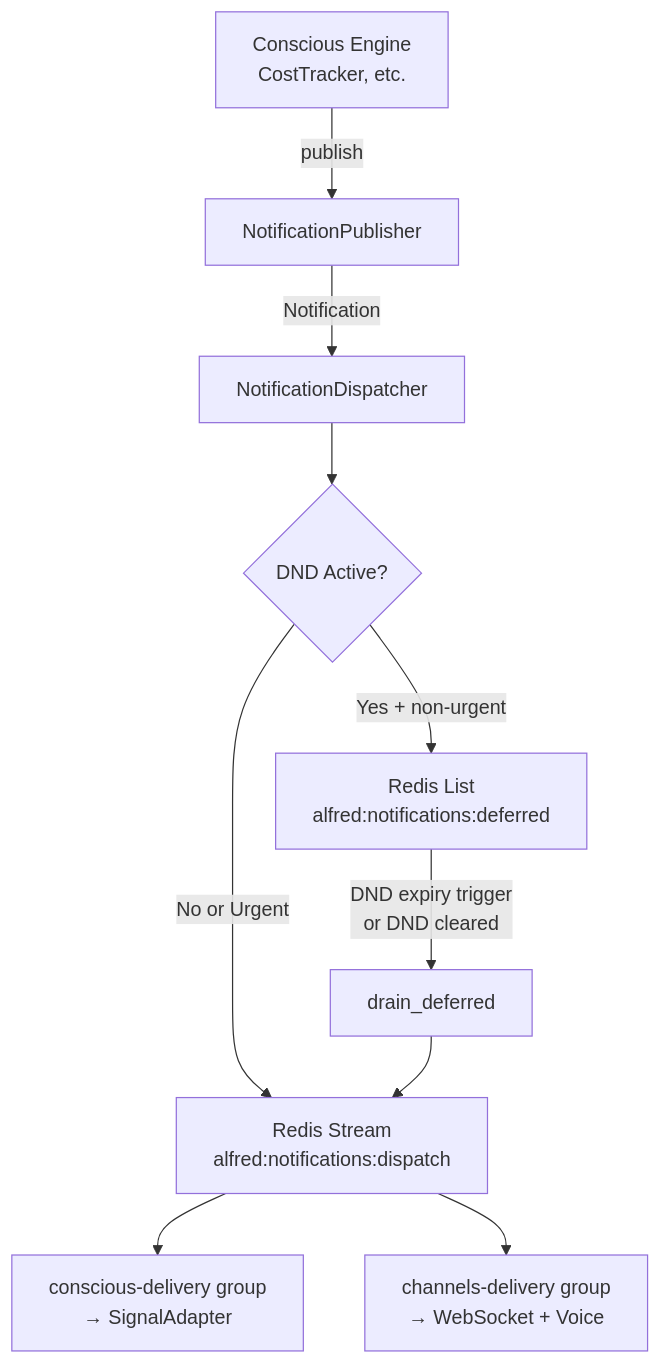
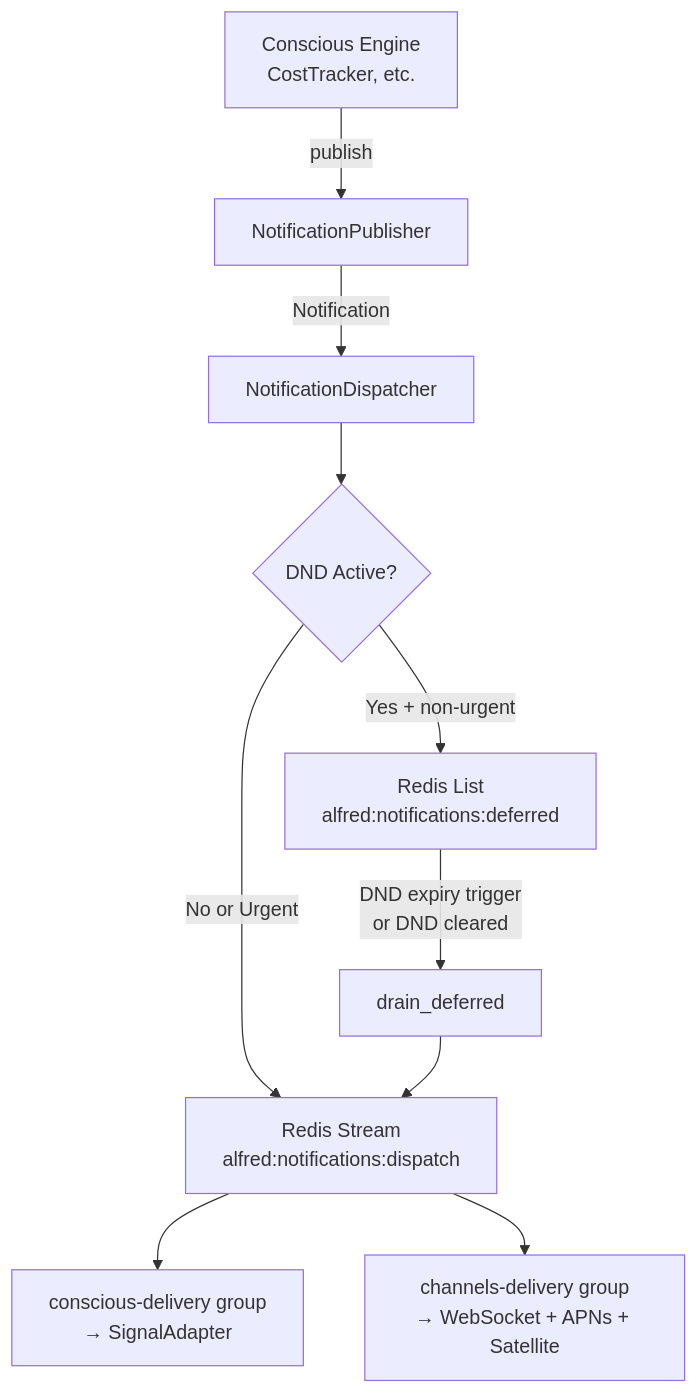
One commit to anirudhlath/alfred changed the diagram in docs/notifications.md. Above: the diagram before and after it, drawn with Mermaid. The commit also changed other lines of this file and 5 other files, not shown here.

````diff
--- a/docs/notifications.md
+++ b/docs/notifications.md
@@ -11,12 +11,12 @@
 ```mermaid
 graph TD
     CE[Conscious Engine<br/>CostTracker, etc.] -->|publish| NP[NotificationPublisher]
     NP -->|Notification| ND[NotificationDispatcher]
     ND --> DND{DND Active?}
     DND -->|Yes + non-urgent| DEFER[Redis List<br/>alfred:notifications:deferred]
     DND -->|No or Urgent| STREAM[Redis Stream<br/>alfred:notifications:dispatch]
     STREAM --> CG1[conscious-delivery group<br/>→ SignalAdapter]
-    STREAM --> CG2[channels-delivery group<br/>→ WebSocket + Voice]
+    STREAM --> CG2[channels-delivery group<br/>→ WebSocket + APNs + Satellite]
     DEFER -->|DND expiry trigger<br/>or DND cleared| DRAIN[drain_deferred]
     DRAIN --> STREAM
 ```
````
